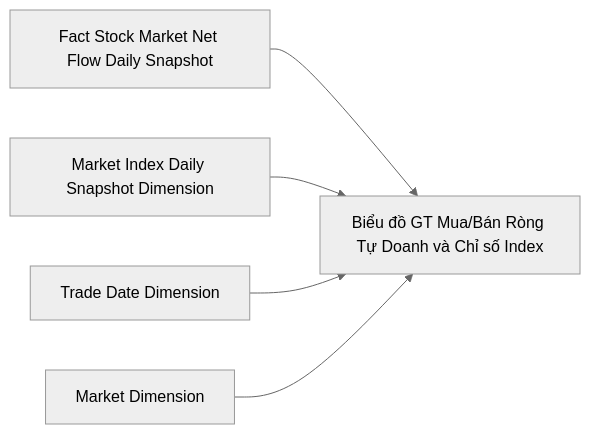
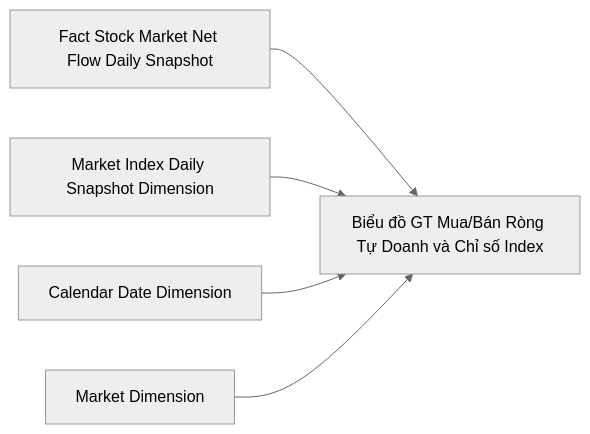
One commit to linhlvit/ubck_atomic_design changed diagram 15 of 49 in Datamart/hld/DTM_VP_HLD.md. Above: the diagram before and after it, drawn with Mermaid (neutral theme). The commit also changed other lines of this file and 2 other files, not shown here.

````diff
--- a/Datamart/hld/DTM_VP_HLD.md
+++ b/Datamart/hld/DTM_VP_HLD.md
@@ -215,12 +482,12 @@
 ```mermaid
 flowchart LR
     F1[Fact Stock Market Net Flow Daily Snapshot]
     D1[Market Index Daily Snapshot Dimension]
-    D2[Trade Date Dimension]
+    D2[Calendar Date Dimension]
     D3[Market Dimension]
     R2[Biểu đồ GT Mua/Bán Ròng Tự Doanh và Chỉ số Index]
     F1 --> R2
     D1 --> R2
     D2 --> R2
     D3 --> R2
 ```
````
